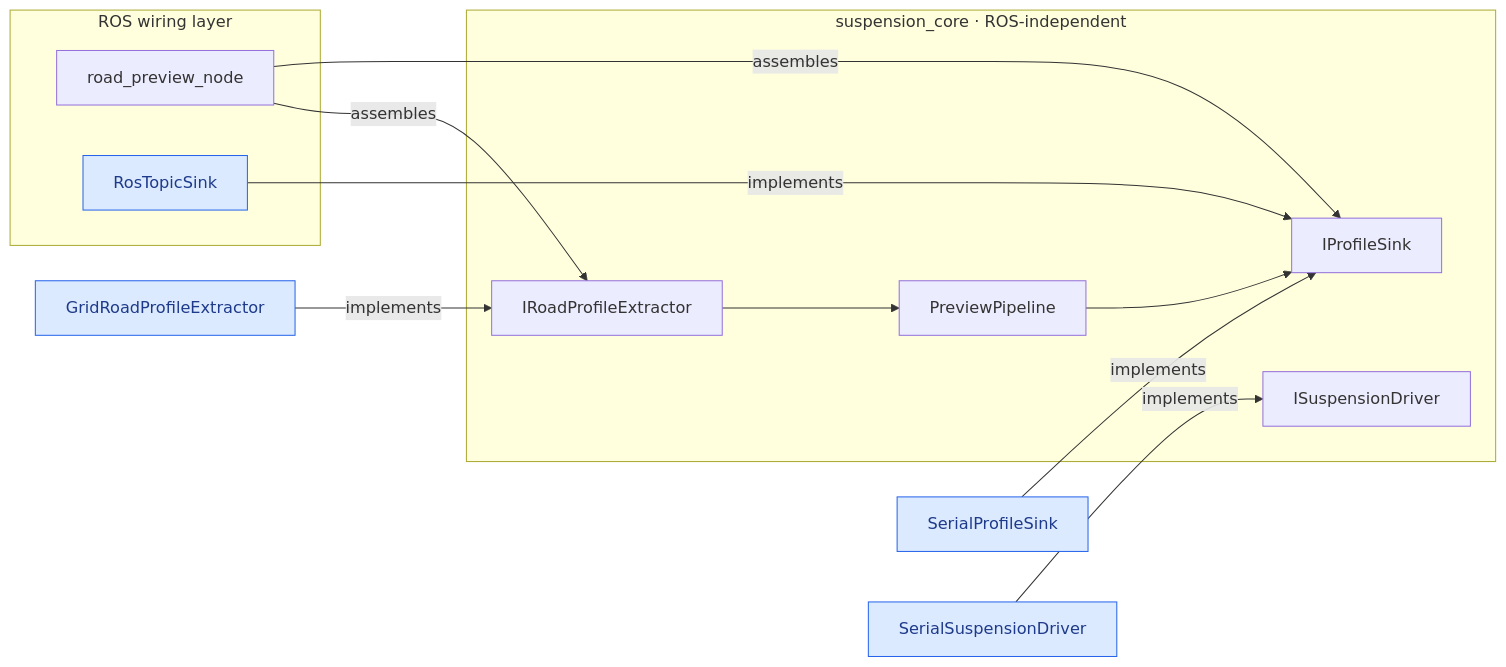
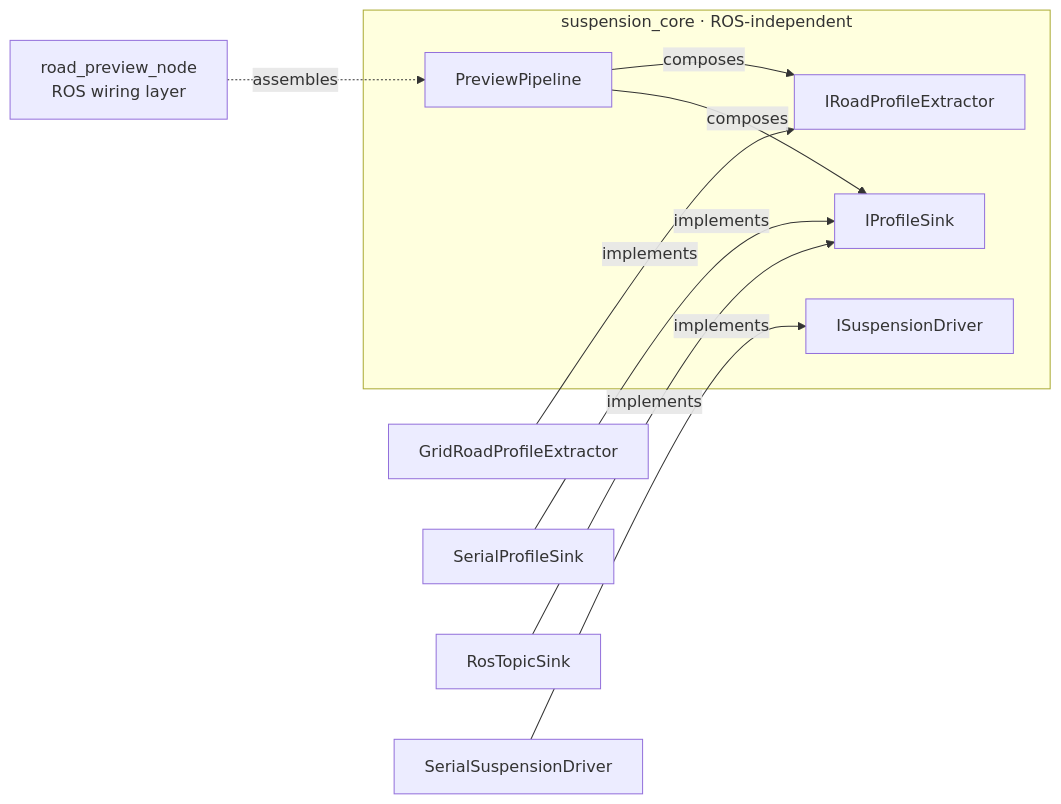
The third of 4 diagrams in README.en.md (qi-neo/active-suspension-lidar-preview), drawn with Mermaid before and after one commit. The commit also changed other lines of this file and 1 other file, not shown here.

First line of the commit message:
docs: 重排 README 四张 mermaid 图，适配深色主题

````diff
--- a/README.en.md
+++ b/README.en.md
@@ -166,20 +164,16 @@
 ```mermaid
-%%{init: {"fontFamily": "-apple-system, BlinkMacSystemFont, PingFang SC, Helvetica Neue, Microsoft YaHei, sans-serif"}}%%
 flowchart LR
     subgraph CORE["suspension_core · ROS-independent"]
-        EX["IRoadProfileExtractor"] --> PP["PreviewPipeline"] --> SK["IProfileSink"]
+        EX["IRoadProfileExtractor"]
+        PP["PreviewPipeline"]
+        SK["IProfileSink"]
         DR["ISuspensionDriver"]
     end
-    subgraph LAYER["ROS wiring layer"]
-        N["road_preview_node"]
-        RS["RosTopicSink"]
-    end
-    N -->|assembles| EX
-    N -->|assembles| SK
+    N["road_preview_node<br/>ROS wiring layer"] -.->|assembles| PP
     GF["GridRoadProfileExtractor"] -->|implements| EX
     SF["SerialProfileSink"] -->|implements| SK
+    RS["RosTopicSink"] -->|implements| SK
     SD["SerialSuspensionDriver"] -->|implements| DR
-    RS -->|implements| SK
-    classDef impl fill:#dbeafe,stroke:#2563eb,color:#1e3a8a
-    class GF,SF,SD,RS impl
+    PP -->|composes| EX
+    PP -->|composes| SK
 ```
````
